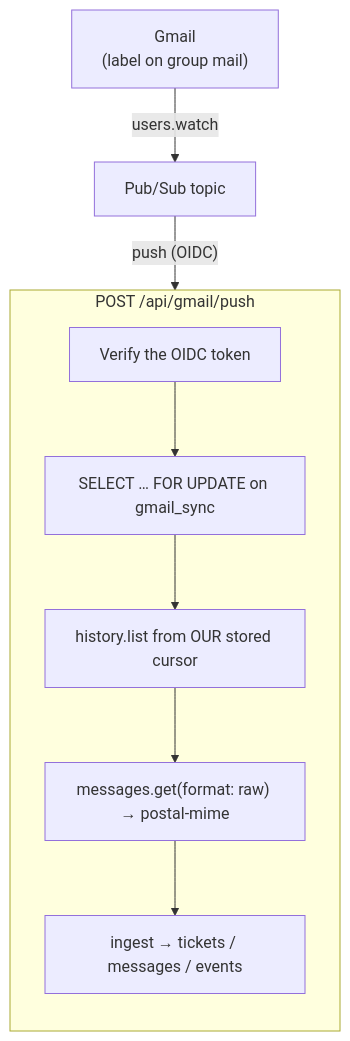
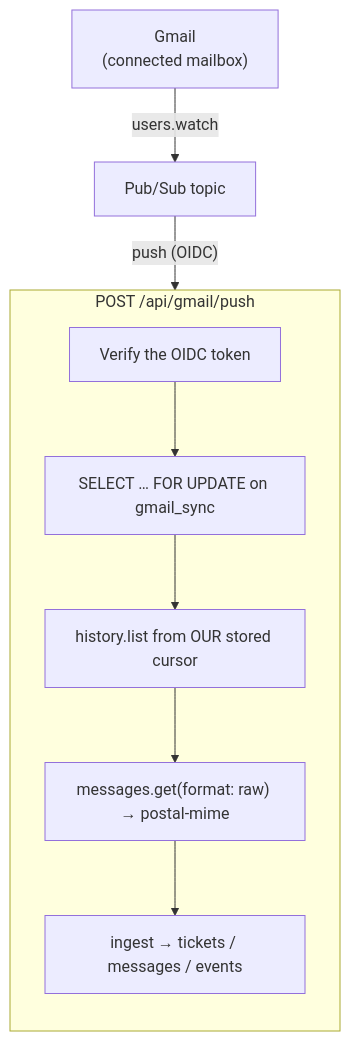
The diagram in README.md (prestonkwei/groupdesk), drawn with Mermaid before and after one commit. The commit also changed other lines of this file and 6 other files, not shown here.

First line of the commit message:
Ingest all incoming mail instead of only the Tickets label

````diff
--- a/README.md
+++ b/README.md
@@ -72,12 +72,12 @@
 ```mermaid
 flowchart TD
-  gmail["Gmail<br/>(label on group mail)"] -->|users.watch| topic["Pub/Sub topic"]
+  gmail["Gmail<br/>(connected mailbox)"] -->|users.watch| topic["Pub/Sub topic"]
   topic -->|"push (OIDC)"| push
   subgraph push["POST /api/gmail/push"]
     direction TB
     verify["Verify the OIDC token"] --> lock["SELECT … FOR UPDATE on gmail_sync"]
     lock --> history["history.list from OUR stored cursor"]
     history --> fetch["messages.get(format: raw) → postal-mime"]
     fetch --> ingest["ingest → tickets / messages / events"]
   end
 ```
````
